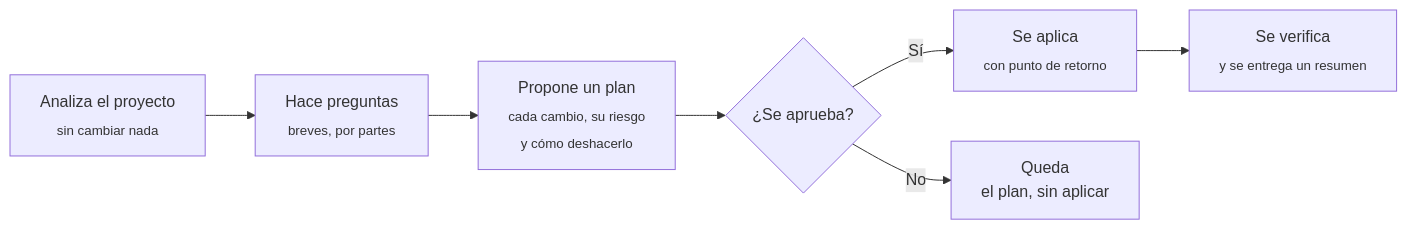
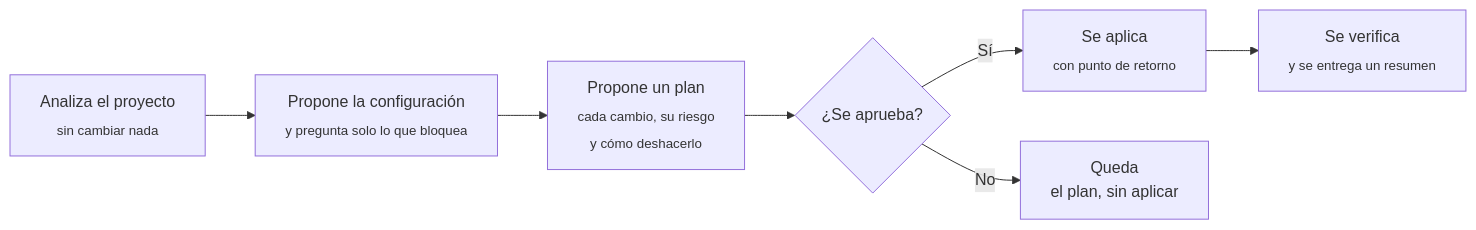
The second of 2 diagrams in README.md (williamslml/spec-first-protocol), drawn with Mermaid before and after one commit. The commit also changed other lines of this file and 11 other files, not shown here.

````diff
--- a/README.md
+++ b/README.md
@@ -98,9 +98,9 @@
 ```mermaid
 flowchart LR
-    A["Analiza el proyecto<br/><sub>sin cambiar nada</sub>"] --> B["Hace preguntas<br/><sub>breves, por partes</sub>"]
+    A["Analiza el proyecto<br/><sub>sin cambiar nada</sub>"] --> B["Propone la configuración<br/><sub>y pregunta solo lo que bloquea</sub>"]
     B --> C["Propone un plan<br/><sub>cada cambio, su riesgo<br/>y cómo deshacerlo</sub>"]
     C --> D{"¿Se aprueba?"}
     D -- Sí --> E["Se aplica<br/><sub>con punto de retorno</sub>"]
     D -- No --> F["Queda<br/>el plan, sin aplicar"]
     E --> G["Se verifica<br/><sub>y se entrega un resumen</sub>"]
 ```
````
